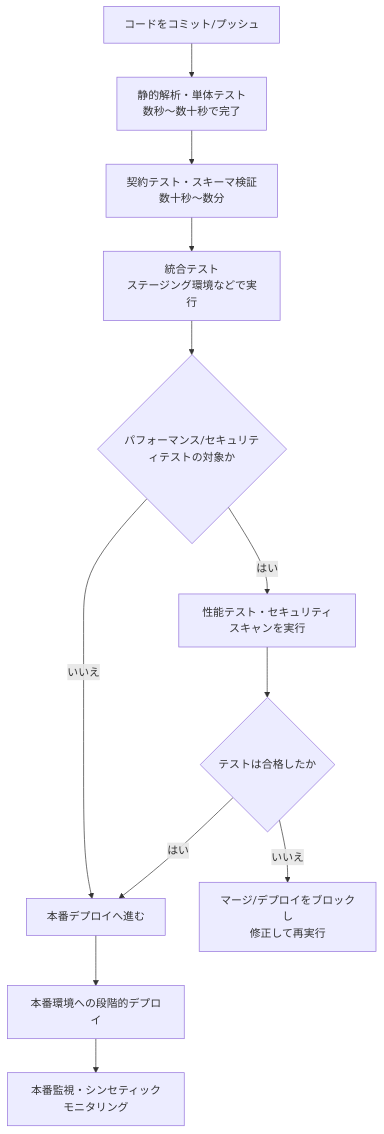
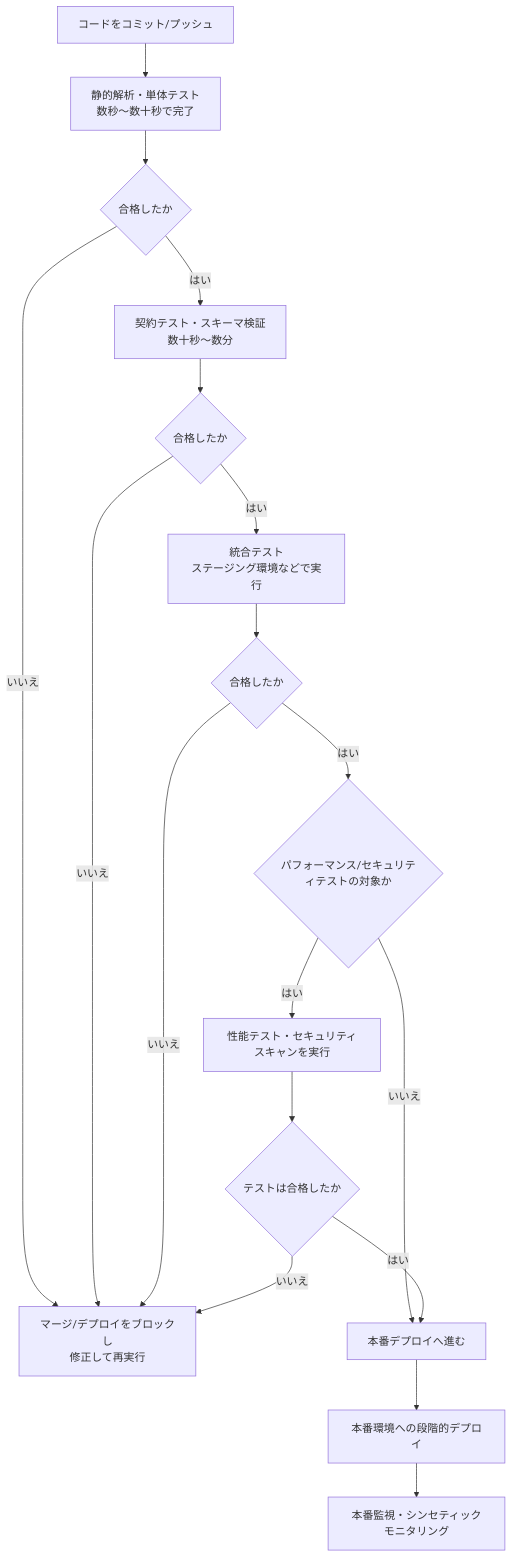
Before and after one commit to myoshi2891/Quality-Assurance-Studies: the ninth of 10 diagrams in Testing-web-apis-guide.md, drawn with Mermaid. The commit also changed other lines of this file, not shown here.

Commit message:
docs(web-apis): k6コード例の環境変数対応およびCI/CDゲーティング図を更新

````diff
--- a/Testing-web-apis-guide.md
+++ b/Testing-web-apis-guide.md
@@ -424,14 +427,20 @@
 ```mermaid
 flowchart TD
     A["コードをコミット/プッシュ"] --> B["静的解析・単体テスト<br/>数秒〜数十秒で完了"]
-    B --> C["契約テスト・スキーマ検証<br/>数十秒〜数分"]
-    C --> D["統合テスト<br/>ステージング環境などで実行"]
-    D --> E{"パフォーマンス/セキュリティテストの対象か"}
+    B --> B1{"合格したか"}
+    B1 -- "いいえ" --> K["マージ/デプロイをブロックし<br/>修正して再実行"]
+    B1 -- "はい" --> C["契約テスト・スキーマ検証<br/>数十秒〜数分"]
+    C --> C1{"合格したか"}
+    C1 -- "いいえ" --> K
+    C1 -- "はい" --> D["統合テスト<br/>ステージング環境などで実行"]
+    D --> D1{"合格したか"}
+    D1 -- "いいえ" --> K
+    D1 -- "はい" --> E{"パフォーマンス/セキュリティテストの対象か"}
     E -- "はい" --> F["性能テスト・セキュリティスキャンを実行"]
     E -- "いいえ" --> G["本番デプロイへ進む"]
     F --> J{"テストは合格したか"}
     J -- "はい" --> G
-    J -- "いいえ" --> K["マージ/デプロイをブロックし<br/>修正して再実行"]
+    J -- "いいえ" --> K
     G --> H["本番環境への段階的デプロイ"]
     H --> I["本番監視・シンセティックモニタリング"]
 ```
````
